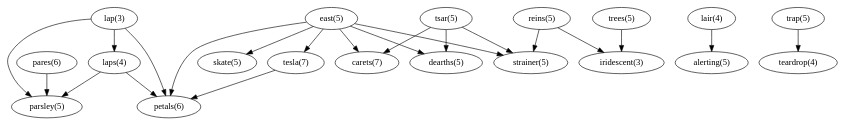
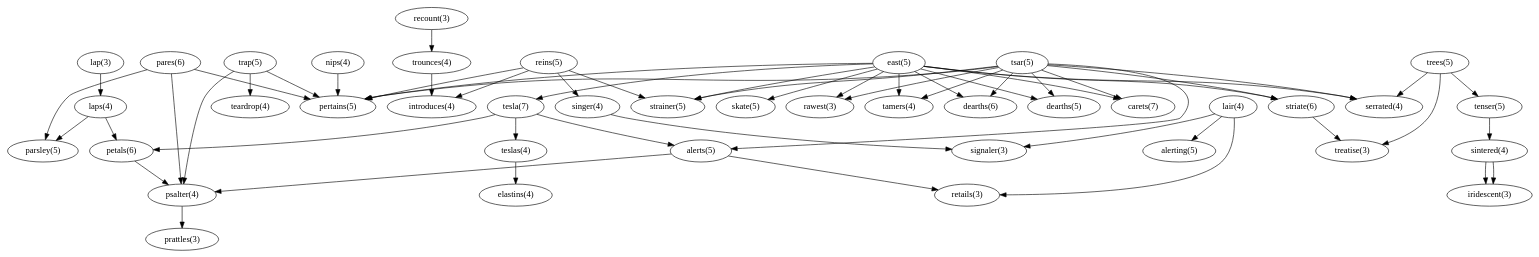
The diagram in output/dot/overlaps_en.dot (increpare/Galaktisches_Etymologieforschungsinstitut), drawn with Graphviz before and after one commit. The commit also changed 10 other files, not shown here.

```diff
--- a/output/dot/overlaps_en.dot
+++ b/output/dot/overlaps_en.dot
@@ -1,23 +1,58 @@
 digraph {
 	"laps(4)" -> "parsley(5)";
 	"laps(4)" -> "petals(6)";
 	"east(5)" -> "skate(5)";
 	"east(5)" -> "tesla(7)";
 	"east(5)" -> "dearths(5)";
 	"east(5)" -> "strainer(5)";
-	"east(5)" -> "petals(6)";
 	"east(5)" -> "carets(7)";
-	"reins(5)" -> "iridescent(3)";
+	"east(5)" -> "striate(6)";
+	"east(5)" -> "pertains(5)";
+	"east(5)" -> "serrated(4)";
+	"east(5)" -> "rawest(3)";
+	"east(5)" -> "tamers(4)";
+	"east(5)" -> "dearths(6)";
 	"reins(5)" -> "strainer(5)";
+	"reins(5)" -> "singer(4)";
+	"reins(5)" -> "introduces(4)";
+	"reins(5)" -> "pertains(5)";
 	"pares(6)" -> "parsley(5)";
+	"pares(6)" -> "psalter(4)";
+	"pares(6)" -> "pertains(5)";
 	"tesla(7)" -> "petals(6)";
+	"tesla(7)" -> "alerts(5)";
+	"tesla(7)" -> "teslas(4)";
 	"tsar(5)" -> "dearths(5)";
 	"tsar(5)" -> "strainer(5)";
 	"tsar(5)" -> "carets(7)";
+	"tsar(5)" -> "alerts(5)";
+	"tsar(5)" -> "striate(6)";
+	"tsar(5)" -> "pertains(5)";
+	"tsar(5)" -> "serrated(4)";
+	"tsar(5)" -> "rawest(3)";
+	"tsar(5)" -> "tamers(4)";
+	"tsar(5)" -> "dearths(6)";
 	"lair(4)" -> "alerting(5)";
-	"trees(5)" -> "iridescent(3)";
+	"lair(4)" -> "retails(3)";
+	"lair(4)" -> "signaler(3)";
+	"petals(6)" -> "psalter(4)";
+	"nips(4)" -> "pertains(5)";
+	"trees(5)" -> "treatise(3)";
+	"trees(5)" -> "tenser(5)";
+	"trees(5)" -> "serrated(4)";
 	"lap(3)" -> "laps(4)";
-	"lap(3)" -> "parsley(5)";
-	"lap(3)" -> "petals(6)";
 	"trap(5)" -> "teardrop(4)";
+	"trap(5)" -> "psalter(4)";
+	"trap(5)" -> "pertains(5)";
+	"psalter(4)" -> "prattles(3)";
+	"singer(4)" -> "signaler(3)";
+	"alerts(5)" -> "psalter(4)";
+	"alerts(5)" -> "retails(3)";
+	"teslas(4)" -> "elastins(4)";
+	"striate(6)" -> "treatise(3)";
+	"tenser(5)" -> "sintered(4)";
+	"sintered(4)" -> "iridescent(3)";
+	"sintered(4)" -> "iridescent(3)";
+	"recount(3)" -> "trounces(4)";
+	"trounces(4)" -> "introduces(4)";
 }
```
